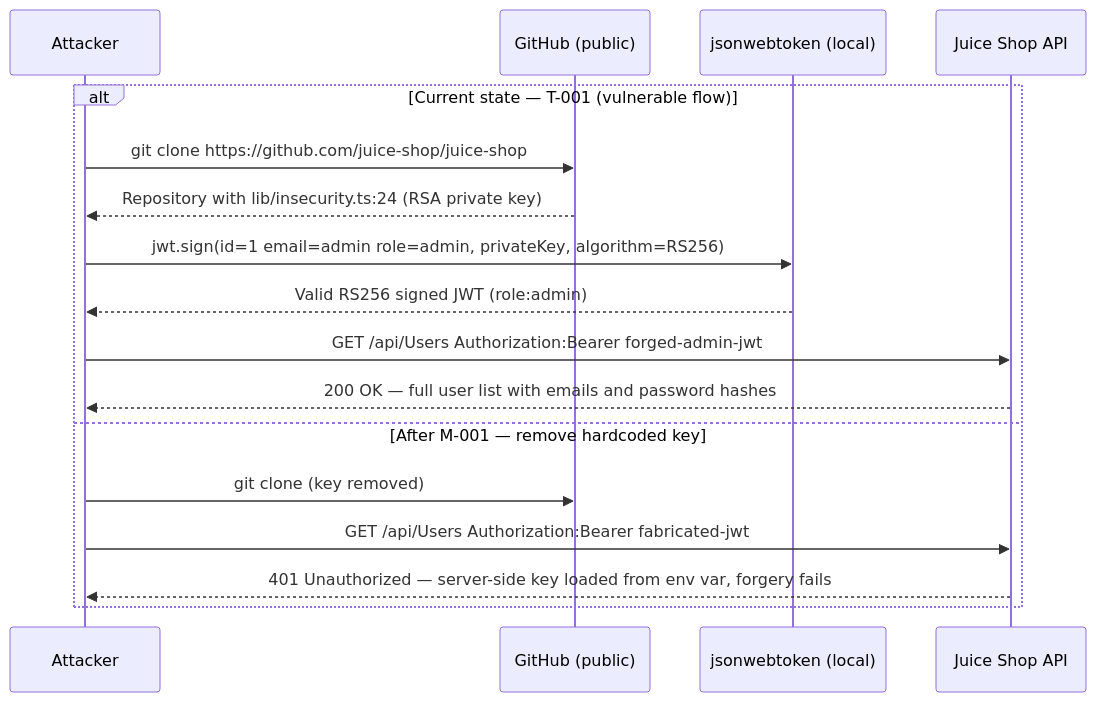
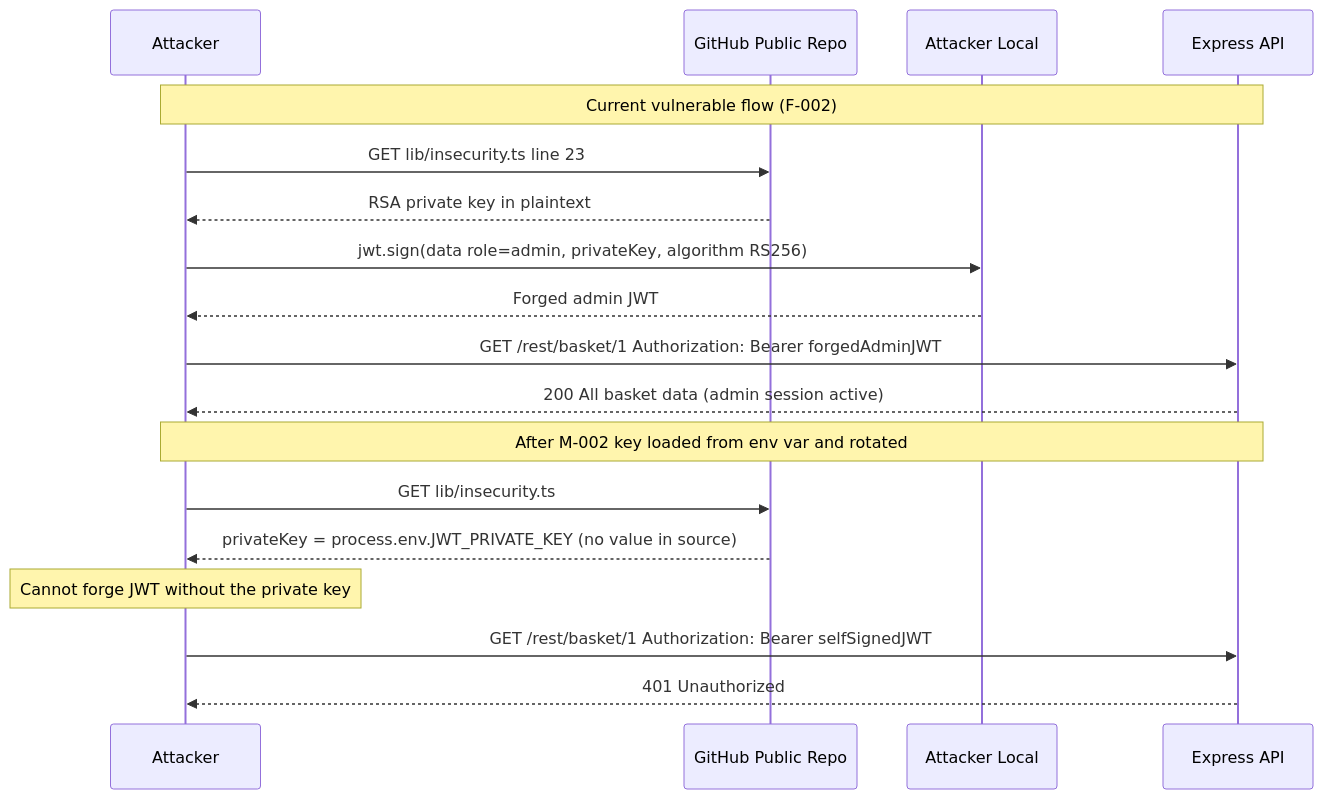
Before and after one commit to appsec-foundry/appsec-advisor: the seventh of 17 diagrams in examples/juice-shop/threat-model-juiceshop-thorough.md, drawn with Mermaid. The commit also changed other lines of this file and 12 other files, not shown here.

Commit message:
new schema & quality enforcement implemented

````diff
--- a/examples/juice-shop/threat-model-juiceshop-thorough.md
+++ b/examples/juice-shop/threat-model-juiceshop-thorough.md
@@ -491,20 +636,22 @@
 ```mermaid
 sequenceDiagram
-    participant ATTACKER as Attacker
-    participant GITHUB as GitHub (public)
-    participant JWT_LIB as jsonwebtoken (local)
-    participant API as Juice Shop API
+    participant A as Attacker
+    participant GH as GitHub Public Repo
+    participant LOCAL as Attacker Local
+    participant API as Express API
 
-    alt Current state — T-001 (vulnerable flow)
-        ATTACKER->>GITHUB: git clone https://github.com/juice-shop/juice-shop
-        GITHUB-->>ATTACKER: Repository with lib/insecurity.ts:24 (RSA private key)
-        ATTACKER->>JWT_LIB: jwt.sign(id=1 email=admin role=admin, privateKey, algorithm=RS256)
-        JWT_LIB-->>ATTACKER: Valid RS256 signed JWT (role:admin)
-        ATTACKER->>API: GET /api/Users Authorization:Bearer forged-admin-jwt
-        API-->>ATTACKER: 200 OK — full user list with emails and password hashes
-    else After M-001 — remove hardcoded key
-        ATTACKER->>GITHUB: git clone (key removed)
-        ATTACKER->>API: GET /api/Users Authorization:Bearer fabricated-jwt
-        API-->>ATTACKER: 401 Unauthorized — server-side key loaded from env var, forgery fails
-    end
+    Note over A,API: Current vulnerable flow (F-002)
+    A->>GH: GET lib/insecurity.ts line 23
+    GH-->>A: RSA private key in plaintext
+    A->>LOCAL: jwt.sign(data role=admin, privateKey, algorithm RS256)
+    LOCAL-->>A: Forged admin JWT
+    A->>API: GET /rest/basket/1 Authorization: Bearer forgedAdminJWT
+    API-->>A: 200 All basket data (admin session active)
+
+    Note over A,API: After M-002 key loaded from env var and rotated
+    A->>GH: GET lib/insecurity.ts
+    GH-->>A: privateKey = process.env.JWT_PRIVATE_KEY (no value in source)
+    Note over A: Cannot forge JWT without the private key
+    A->>API: GET /rest/basket/1 Authorization: Bearer selfSignedJWT
+    API-->>A: 401 Unauthorized
 ```
````
